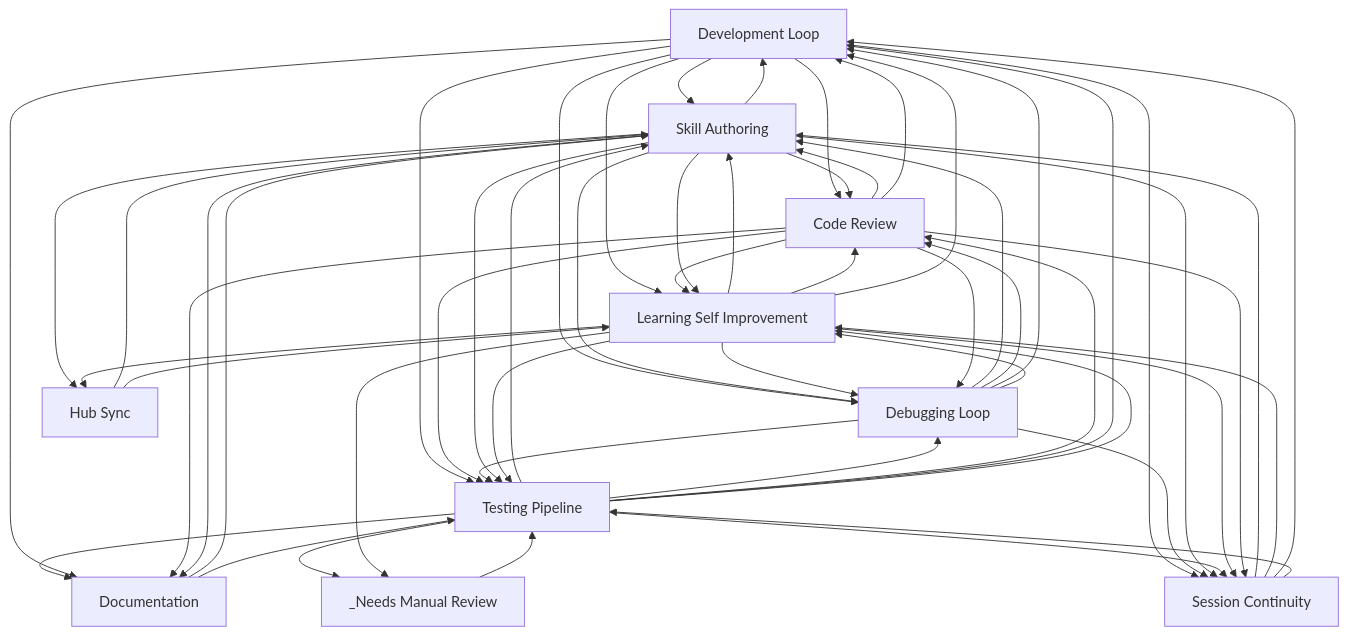
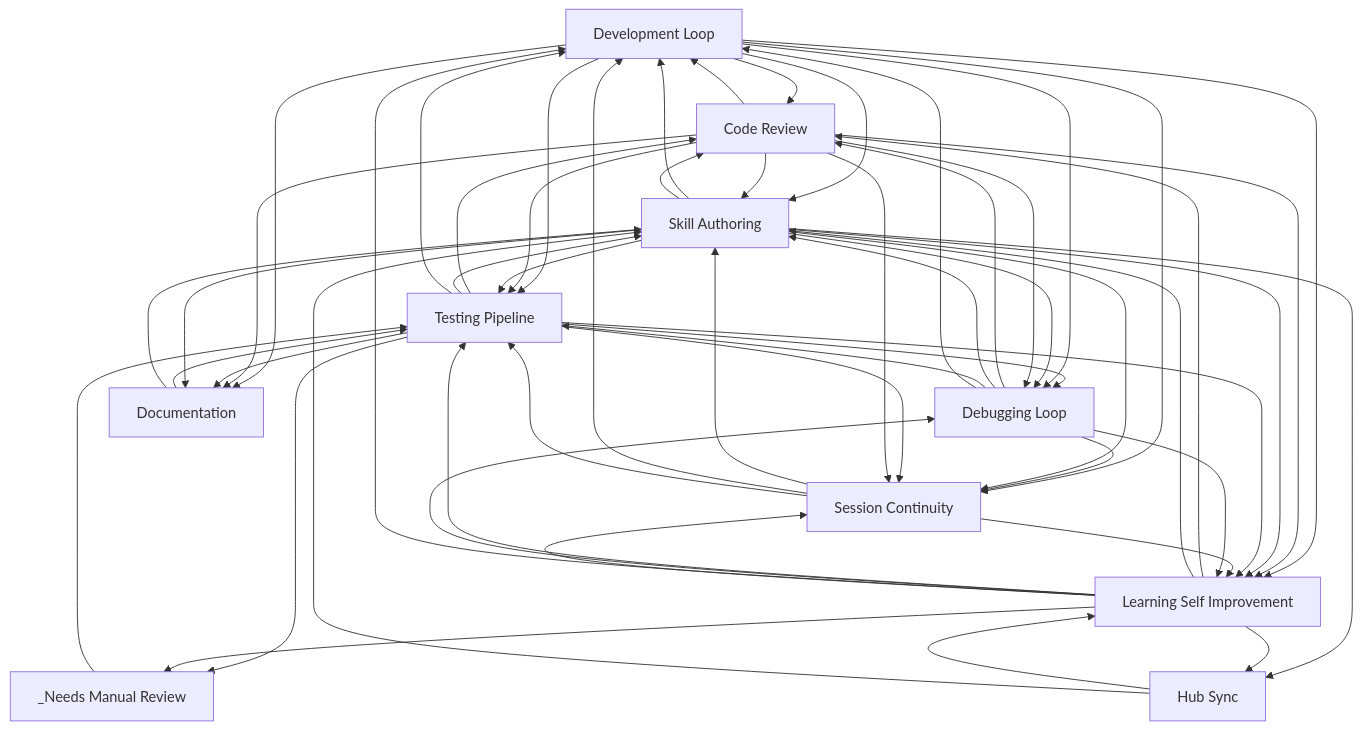
One commit to abhayla/claude-best-practices changed the diagram in docs/workflows/INDEX.md. Above: the diagram before and after it, drawn with Mermaid. The commit also changed other lines of this file and 13 other files, not shown here.

````diff
--- a/docs/workflows/INDEX.md
+++ b/docs/workflows/INDEX.md
@@ -22,66 +22,66 @@
 ```mermaid
 graph TD
     development_loop[Development Loop]
     testing_pipeline[Testing Pipeline]
     debugging_loop[Debugging Loop]
     learning_self_improvement[Learning Self Improvement]
     session_continuity[Session Continuity]
     skill_authoring[Skill Authoring]
     code_review[Code Review]
     documentation[Documentation]
     hub_sync[Hub Sync]
     _needs_manual_review[_Needs Manual Review]
+    documentation --> testing_pipeline
     documentation --> skill_authoring
-    documentation --> testing_pipeline
+    development_loop --> code_review
     development_loop --> skill_authoring
-    development_loop --> code_review
+    code_review --> development_loop
     code_review --> skill_authoring
-    code_review --> development_loop
+    development_loop --> testing_pipeline
     development_loop --> learning_self_improvement
-    development_loop --> testing_pipeline
+    code_review --> testing_pipeline
     code_review --> learning_self_improvement
-    code_review --> testing_pipeline
+    testing_pipeline --> code_review
     testing_pipeline --> skill_authoring
     testing_pipeline --> debugging_loop
-    testing_pipeline --> code_review
     testing_pipeline --> development_loop
+    debugging_loop --> code_review
     debugging_loop --> skill_authoring
-    debugging_loop --> code_review
     debugging_loop --> testing_pipeline
     debugging_loop --> development_loop
     development_loop --> debugging_loop
     skill_authoring --> development_loop
     skill_authoring --> code_review
+    skill_authoring --> testing_pipeline
     skill_authoring --> learning_self_improvement
-    skill_authoring --> testing_pipeline
-    testing_pipeline --> documentation
     development_loop --> documentation
     code_review --> documentation
+    testing_pipeline --> documentation
     development_loop --> session_continuity
     testing_pipeline --> _needs_manual_review
     debugging_loop --> session_continuity
     skill_authoring --> session_continuity
     testing_pipeline --> session_continuity
     skill_authoring --> debugging_loop
+    learning_self_improvement --> code_review
     learning_self_improvement --> skill_authoring
+    learning_self_improvement --> testing_pipeline
     learning_self_improvement --> debugging_loop
-    learning_self_improvement --> code_review
-    learning_self_improvement --> testing_pipeline
     learning_self_improvement --> development_loop
     code_review --> debugging_loop
-    learning_self_improvement --> session_continuity
     code_review --> session_continuity
     testing_pipeline --> learning_self_improvement
+    learning_self_improvement --> session_continuity
+    session_continuity --> learning_self_improvement
     session_continuity --> skill_authoring
-    session_continuity --> learning_self_improvement
     session_continuity --> development_loop
     session_continuity --> testing_pipeline
     _needs_manual_review --> testing_pipeline
     skill_authoring --> hub_sync
     debugging_loop --> learning_self_improvement
     learning_self_improvement --> hub_sync
     learning_self_improvement --> _needs_manual_review
+    hub_sync --> learning_self_improvement
     hub_sync --> skill_authoring
-    hub_sync --> learning_self_improvement
     skill_authoring --> documentation
 ```
````
